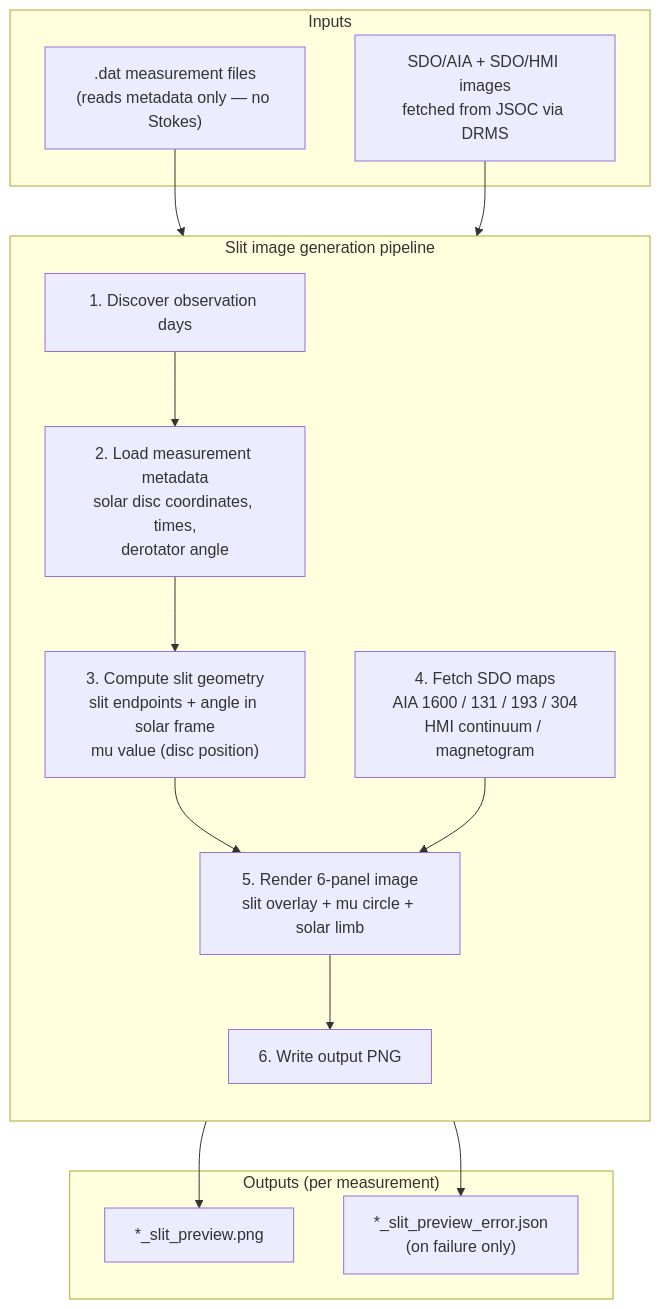
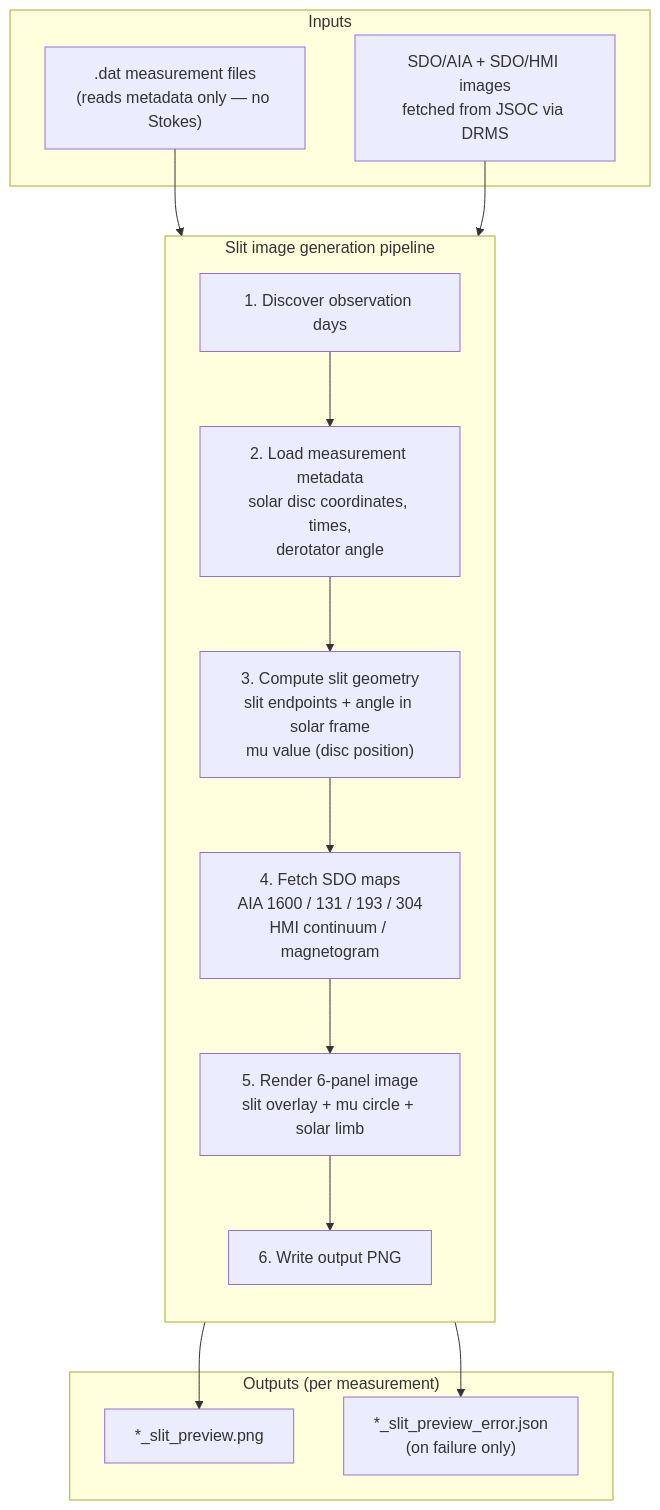
Before and after one commit to irsol-locarno/irsol-data-pipeline: the diagram in documentation/pipeline-slit-image-generation.md, drawn with Mermaid. The commit also changed other lines of this file and 3 other files, not shown here.

````diff
--- a/documentation/pipeline-slit-image-generation.md
+++ b/documentation/pipeline-slit-image-generation.md
@@ -7,39 +7,39 @@
 ```mermaid
 graph TB
     subgraph inputs["Inputs"]
         DAT[".dat measurement files
 (reads metadata only — no Stokes)"]
         SDO["SDO/AIA + SDO/HMI images
 fetched from JSOC via DRMS"]
     end
 
     subgraph pipeline["Slit image generation pipeline"]
         direction TB
         SCAN["1. Discover observation days"]
         META["2. Load measurement metadata
 solar disc coordinates, times,
 derotator angle"]
         GEO["3. Compute slit geometry
 slit endpoints + angle in solar frame
 mu value (disc position)"]
         FETCH["4. Fetch SDO maps
 AIA 1600 / 131 / 193 / 304
 HMI continuum / magnetogram"]
         RENDER["5. Render 6-panel image
 slit overlay + mu circle + solar limb"]
         WRITE["6. Write output PNG"]
     end
 
     subgraph outputs["Outputs (per measurement)"]
         PNG["*_slit_preview.png"]
         ERR["*_slit_preview_error.json
 (on failure only)"]
     end
 
     DAT --> SCAN --> META --> GEO
     SDO --> FETCH
-    GEO --> RENDER
+    GEO --> FETCH
     FETCH --> RENDER --> WRITE
     WRITE --> PNG
     WRITE --> ERR
 ```
````
